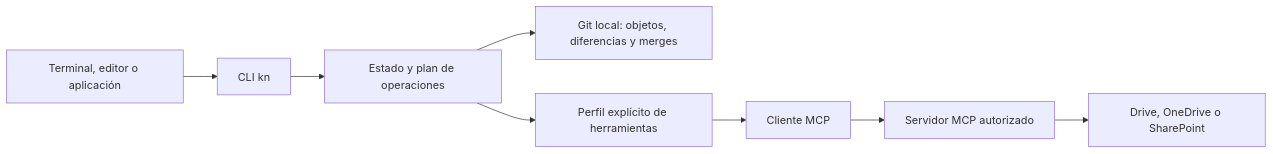
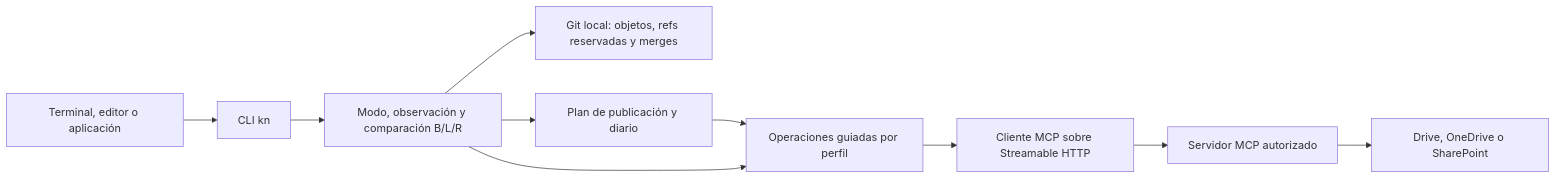
One commit to danil-labs/kn changed the diagram in docs/MCP-REMOTES.md. Above: the diagram before and after it, drawn with Mermaid. The commit also changed other lines of this file and 11 other files, not shown here.

````diff
--- a/docs/MCP-REMOTES.md
+++ b/docs/MCP-REMOTES.md
@@ -29,10 +38,12 @@
 ```mermaid
 flowchart LR
   Consumer[Terminal, editor o aplicación] --> CLI[CLI kn]
-  CLI --> Plan[Estado y plan de operaciones]
-  Plan --> Git[Git local: objetos, diferencias y merges]
-  Plan --> Mapping[Perfil explícito de herramientas]
-  Mapping --> Client[Cliente MCP]
+  CLI --> State[Modo, observación y comparación B/L/R]
+  State --> Git[Git local: objetos, refs reservadas y merges]
+  State --> Plan[Plan de publicación y diario]
+  Plan --> Driver[Operaciones guiadas por perfil]
+  State --> Driver
+  Driver --> Client[Cliente MCP sobre Streamable HTTP]
   Client --> Server[Servidor MCP autorizado]
   Server --> Cloud[Drive, OneDrive o SharePoint]
 ```
````
